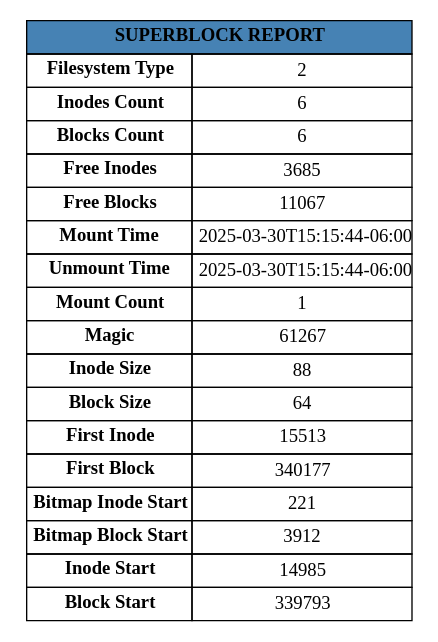
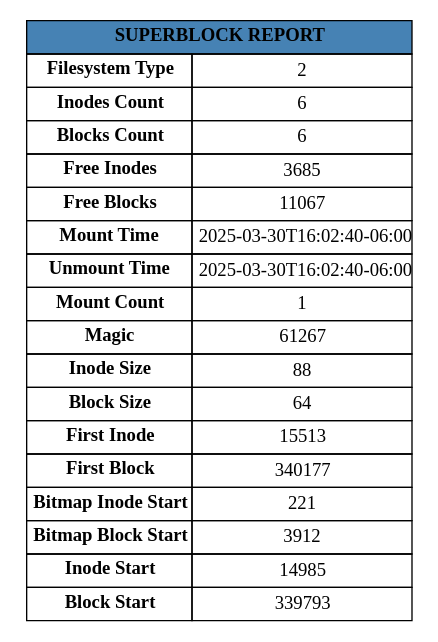
Before and after one commit to Brandon22023/MIA_1S2025_P1_202300813: the diagram in output/report_sb.dot, drawn with Graphviz. The commit also changed 7 other files, not shown here.

```diff
--- a/output/report_sb.dot
+++ b/output/report_sb.dot
@@ -1,25 +1,25 @@
 digraph G {
 		node [shape=plaintext, fontname="Times"]
 		edge [color="#4682B4", arrowhead=vee]
 		superblock [label=<
 			<table border="0" cellborder="1" cellspacing="0" cellpadding="4" style="font-family:Times">
 				<tr><td colspan="2" bgcolor="#4682B4" style="color:white; font-size:14px; padding:6px;"><b>SUPERBLOCK REPORT</b></td></tr>
 				<tr><td><b>Filesystem Type</b></td><td>2</td></tr>
 				<tr><td><b>Inodes Count</b></td><td>6</td></tr>
 				<tr><td><b>Blocks Count</b></td><td>6</td></tr>
 				<tr><td><b>Free Inodes</b></td><td>3685</td></tr>
 				<tr><td><b>Free Blocks</b></td><td>11067</td></tr>
-				<tr><td><b>Mount Time</b></td><td>2025-03-30T15:15:44-06:00</td></tr>
-				<tr><td><b>Unmount Time</b></td><td>2025-03-30T15:15:44-06:00</td></tr>
+				<tr><td><b>Mount Time</b></td><td>2025-03-30T16:02:40-06:00</td></tr>
+				<tr><td><b>Unmount Time</b></td><td>2025-03-30T16:02:40-06:00</td></tr>
 				<tr><td><b>Mount Count</b></td><td>1</td></tr>
 				<tr><td><b>Magic</b></td><td>61267</td></tr>
 				<tr><td><b>Inode Size</b></td><td>88</td></tr>
 				<tr><td><b>Block Size</b></td><td>64</td></tr>
 				<tr><td><b>First Inode</b></td><td>15513</td></tr>
 				<tr><td><b>First Block</b></td><td>340177</td></tr>
 				<tr><td><b>Bitmap Inode Start</b></td><td>221</td></tr>
 				<tr><td><b>Bitmap Block Start</b></td><td>3912</td></tr>
 				<tr><td><b>Inode Start</b></td><td>14985</td></tr>
 				<tr><td><b>Block Start</b></td><td>339793</td></tr>
 			</table>>];
 	}
```
